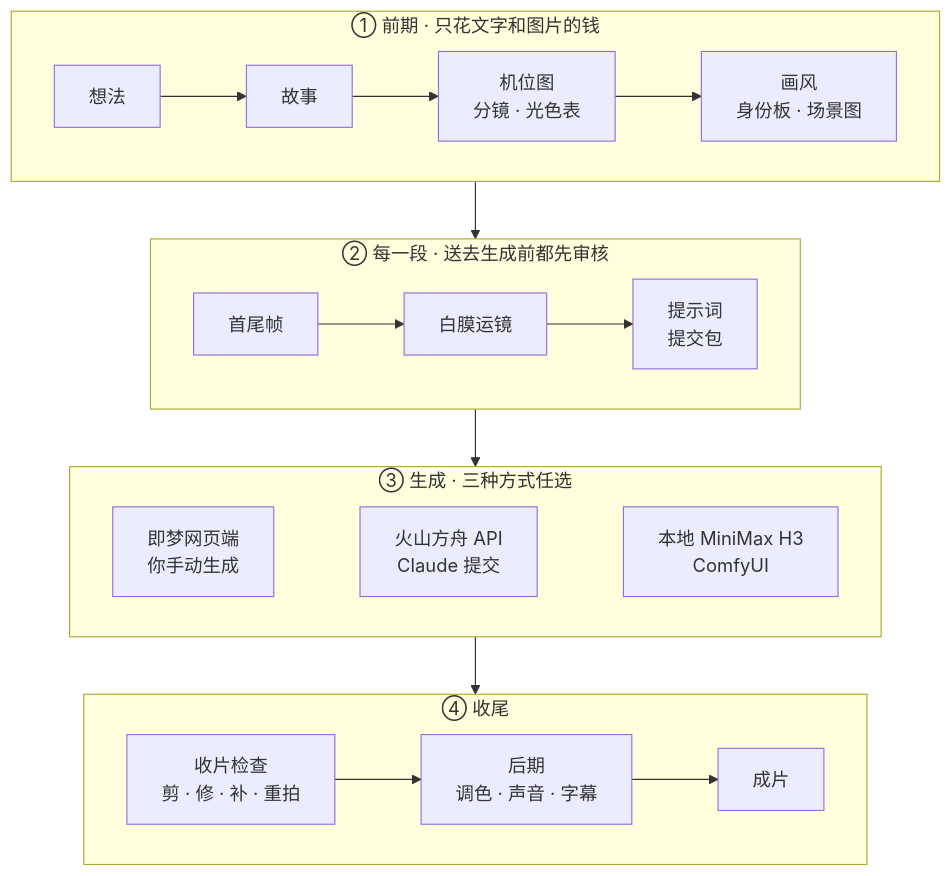
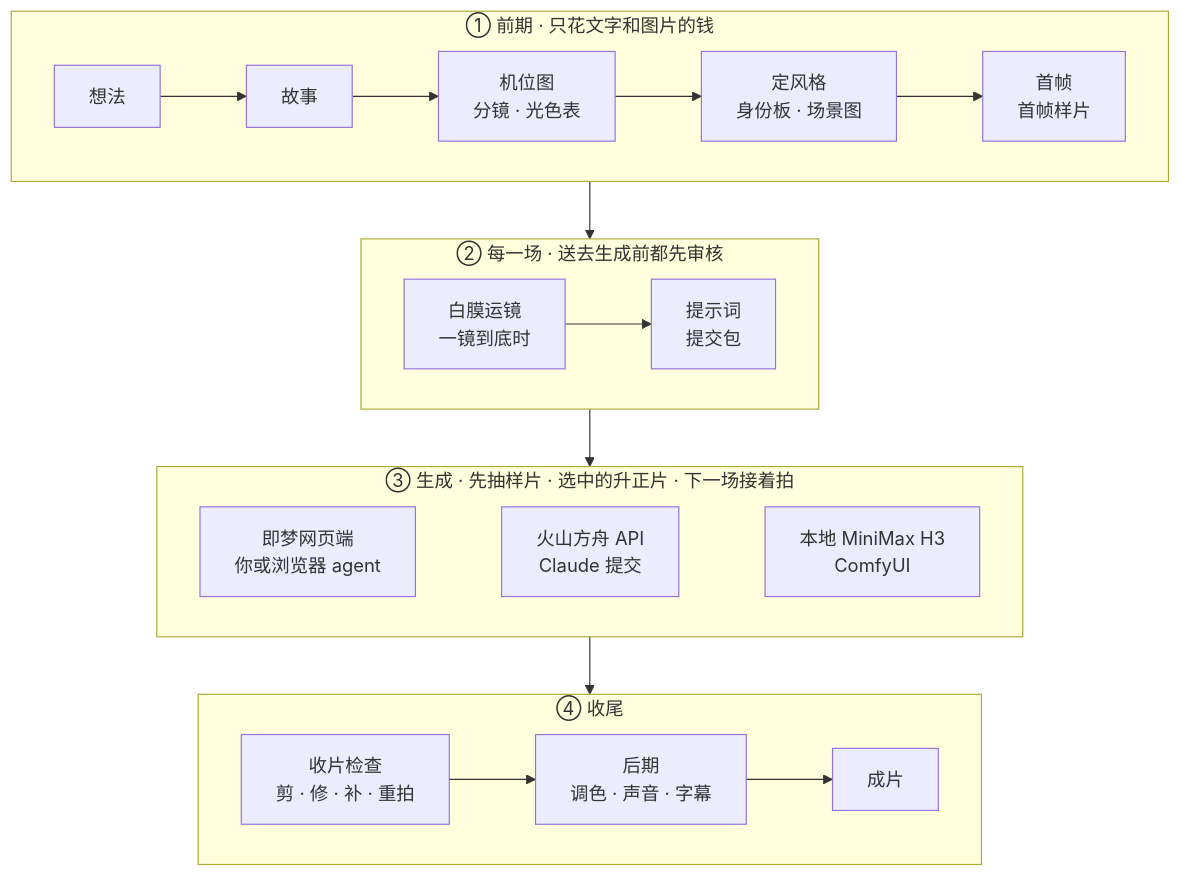
Before and after one commit to Yed-13/ai-video-director-skill: the diagram in README.md, drawn with Mermaid. The commit also changed other lines of this file and 29 other files, not shown here.

````diff
--- a/README.md
+++ b/README.md
@@ -15,23 +15,23 @@
 ```mermaid
 flowchart TB
     subgraph S1["① 前期 · 只花文字和图片的钱"]
         direction LR
-        A[想法] --> B[故事] --> C[机位图<br/>分镜 · 光色表] --> D[画风<br/>身份板 · 场景图]
+        A[想法] --> B[故事] --> C[机位图<br/>分镜 · 光色表] --> D[定风格<br/>身份板 · 场景图] --> D2[首帧<br/>首帧样片]
     end
-    subgraph S2["② 每一段 · 送去生成前都先审核"]
+    subgraph S2["② 每一场 · 送去生成前都先审核"]
         direction LR
-        E[首尾帧] --> F[白膜运镜] --> G[提示词<br/>提交包]
+        F[白膜运镜<br/>一镜到底时] --> G[提示词<br/>提交包]
     end
-    subgraph S3["③ 生成 · 三种方式任选"]
+    subgraph S3["③ 生成 · 先抽样片 · 选中的升正片 · 下一场接着拍"]
         direction LR
-        V1[即梦网页端<br/>你手动生成]
+        V1[即梦网页端<br/>你或浏览器 agent]
         V2[火山方舟 API<br/>Claude 提交]
         V3[本地 MiniMax H3<br/>ComfyUI]
         V1 ~~~ V2 ~~~ V3
     end
     subgraph S4["④ 收尾"]
         direction LR
         I[收片检查<br/>剪 · 修 · 补 · 重拍] --> J[后期<br/>调色 · 声音 · 字幕] --> K[成片]
     end
     S1 --> S2 --> S3 --> S4
 ```
````
